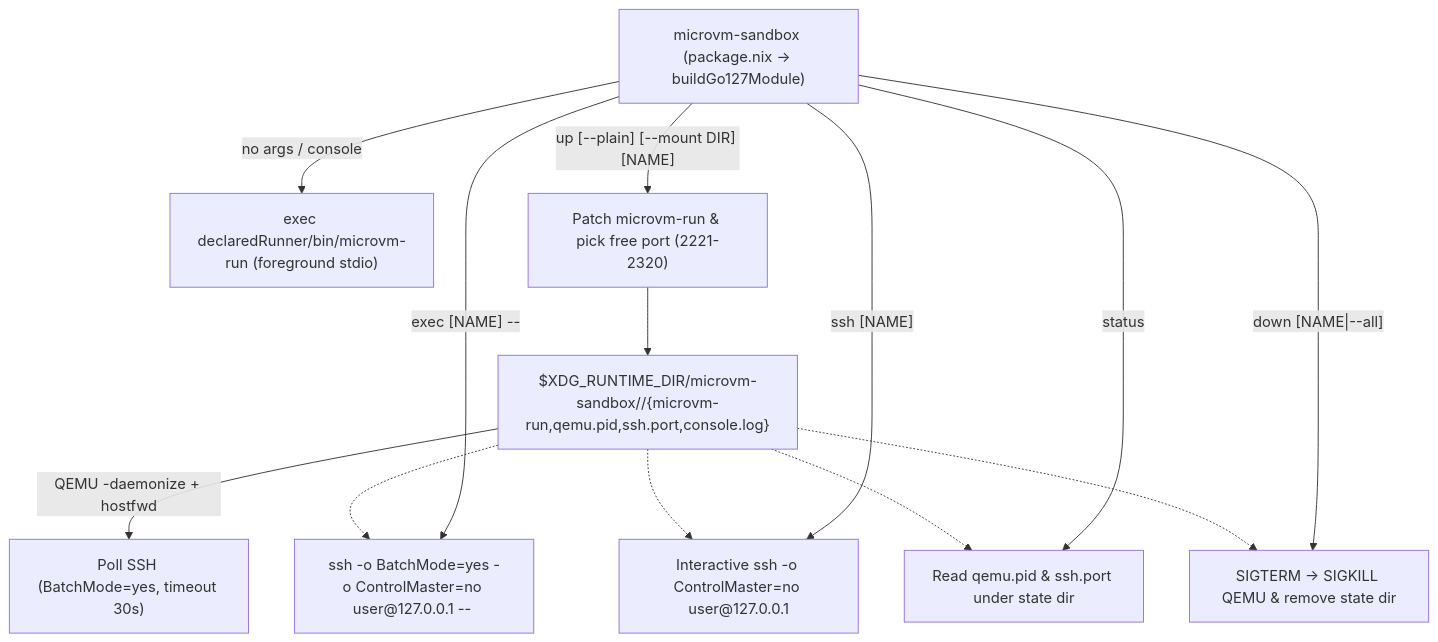
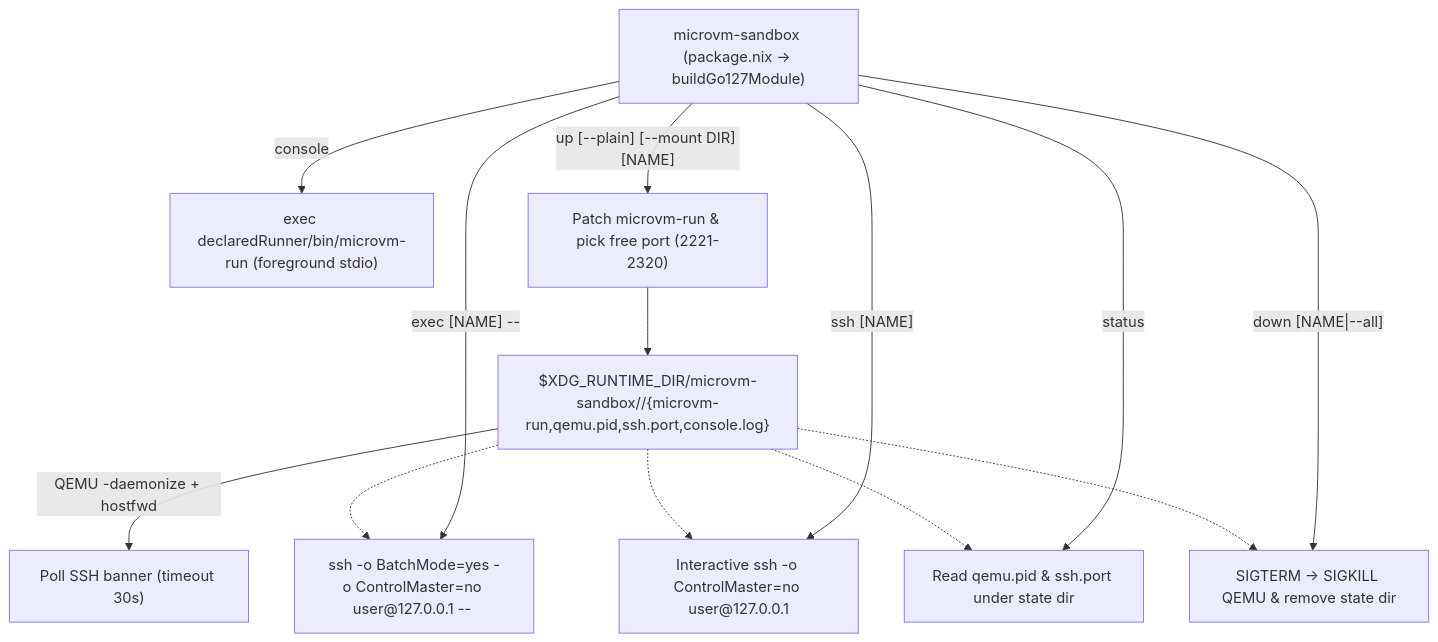
Before and after one commit to kachick/dotfiles: the second of 2 diagrams in nixos/hosts/sandbox/README.md, drawn with Mermaid. The commit also changed other lines of this file and 4 other files, not shown here.

First line of the commit message:
Fix microvm-sandbox CLI default, console, and up

````diff
--- a/nixos/hosts/sandbox/README.md
+++ b/nixos/hosts/sandbox/README.md
@@ -62,20 +62,20 @@
 ```mermaid
 flowchart TD
     cli["microvm-sandbox (package.nix -> buildGo127Module)"]
 
-    cli -->|"no args / console"| fg["exec declaredRunner/bin/microvm-run (foreground stdio)"]
+    cli -->|"console"| fg["exec declaredRunner/bin/microvm-run (foreground stdio)"]
 
     cli -->|"up [--plain] [--mount DIR] [NAME]"| up["Patch microvm-run & pick free port (2221-2320)"]
     up --> state["$XDG_RUNTIME_DIR/microvm-sandbox/<NAME>/{microvm-run,qemu.pid,ssh.port,console.log}"]
-    state -->|"QEMU -daemonize + hostfwd"| wait["Poll SSH (BatchMode=yes, timeout 30s)"]
+    state -->|"QEMU -daemonize + hostfwd"| wait["Poll SSH banner (timeout 30s)"]
 
     cli -->|"exec [NAME] -- <CMD>"| exec_cmd["ssh -o BatchMode=yes -o ControlMaster=no user@127.0.0.1 -- <CMD>"]
     cli -->|"ssh [NAME]"| ssh_cmd["Interactive ssh -o ControlMaster=no user@127.0.0.1"]
     cli -->|"status"| status_cmd["Read qemu.pid & ssh.port under state dir"]
     cli -->|"down [NAME|--all]"| down_cmd["SIGTERM -> SIGKILL QEMU & remove state dir"]
 
     state -.-> exec_cmd
     state -.-> ssh_cmd
     state -.-> status_cmd
     state -.-> down_cmd
 ```
````
